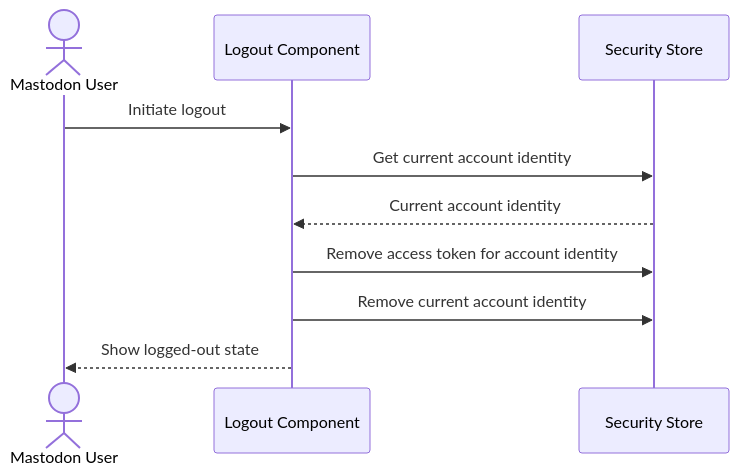
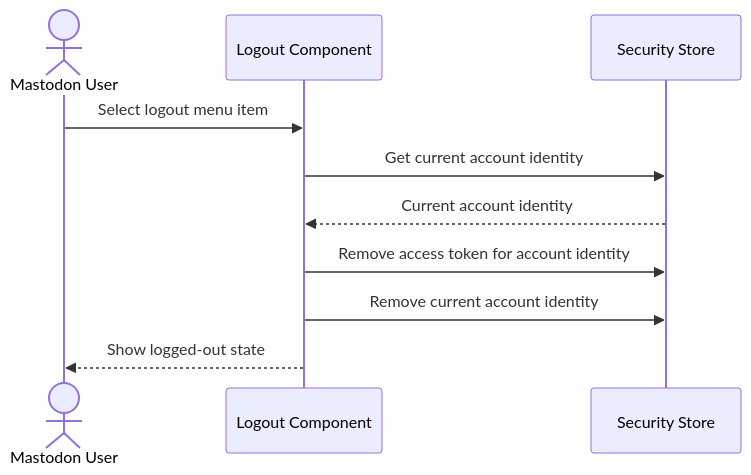
Before and after one commit to social-web-foundation/activitypub-browser-extension: the sixth of 6 diagrams in docs/architecture/process.md, drawn with Mermaid. The commit also changed other lines of this file and 2 other files, not shown here.

Commit message:
doc: deployment diagram for physical view

````diff
--- a/docs/architecture/process.md
+++ b/docs/architecture/process.md
@@ -252,13 +252,13 @@
 ```mermaid
 sequenceDiagram
     actor User as Mastodon User
     participant Logout as Logout Component
     participant Security as Security Store
 
-    User->>Logout: Initiate logout
+    User->>Logout: Select logout menu item
     Logout->>Security: Get current account identity
     Security-->>Logout: Current account identity
     Logout->>Security: Remove access token for account identity
     Logout->>Security: Remove current account identity
     Logout-->>User: Show logged-out state
 ```
````
